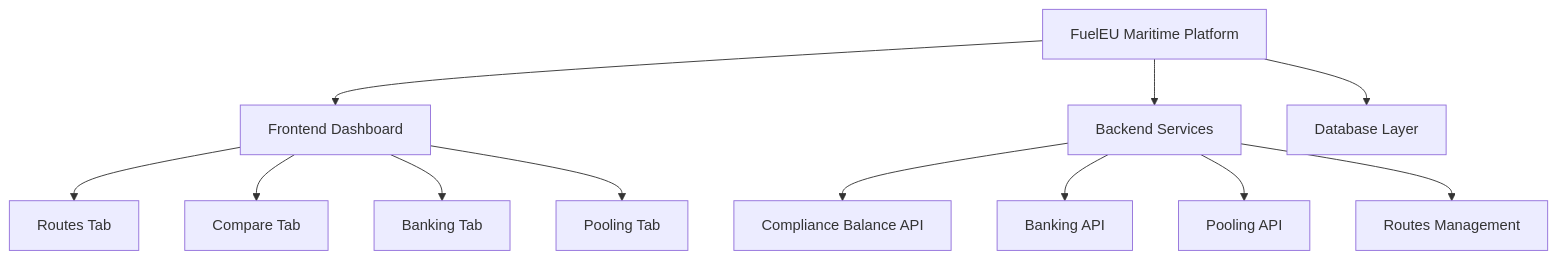
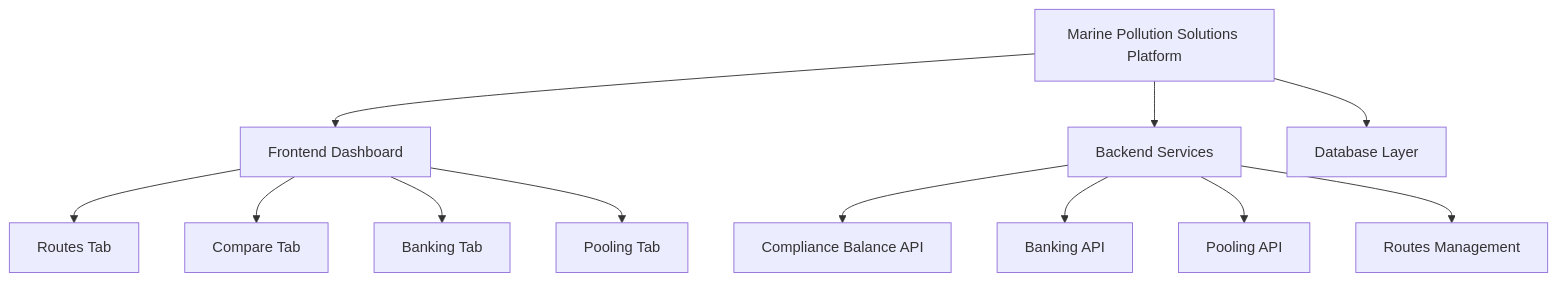
The diagram in README.md (Prince-Dwivedi2024/Marine_pollution_solutions), drawn with Mermaid before and after one commit. The commit also changed other lines of this file, not shown here.

````diff
--- a/README.md
+++ b/README.md
@@ -22,15 +23,15 @@
 ```mermaid
 graph TD
-    A[FuelEU Maritime Platform] --> B[Frontend Dashboard]
+    A[Marine Pollution Solutions Platform] --> B[Frontend Dashboard]
     A --> C[Backend Services]
     A --> D[Database Layer]
     B --> E[Routes Tab]
     B --> F[Compare Tab]
     B --> G[Banking Tab]
     B --> H[Pooling Tab]
     C --> I[Compliance Balance API]
     C --> J[Banking API]
     C --> K[Pooling API]
     C --> L[Routes Management]
 
 ```
````
